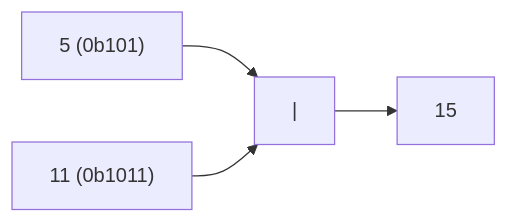
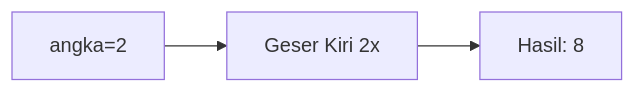
The ninth of 25 diagrams in part-c-pemahaman-cpp/06-bitwise/latihan/set-06.md (amnahwaida/OSNK_INF_PREP), drawn with Mermaid before and after one commit. The commit also changed other lines of this file and 71 other files, not shown here.

````diff
--- a/part-c-pemahaman-cpp/06-bitwise/latihan/set-06.md
+++ b/part-c-pemahaman-cpp/06-bitwise/latihan/set-06.md
@@ -233,6 +240,5 @@
 ```mermaid
 graph LR
-A["5 (0b101)"] --> C["|"]
-B["11 (0b1011)"] --> C
-C --> D["15"]
+A["angka=2"] --> B["Geser Kiri 2x"]
+B --> C["Hasil: 8"]
 ```
````
